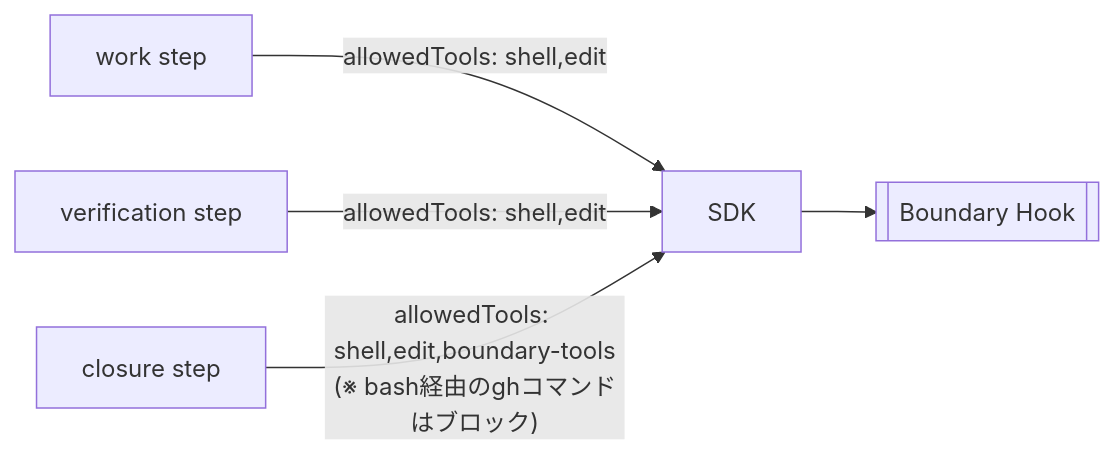
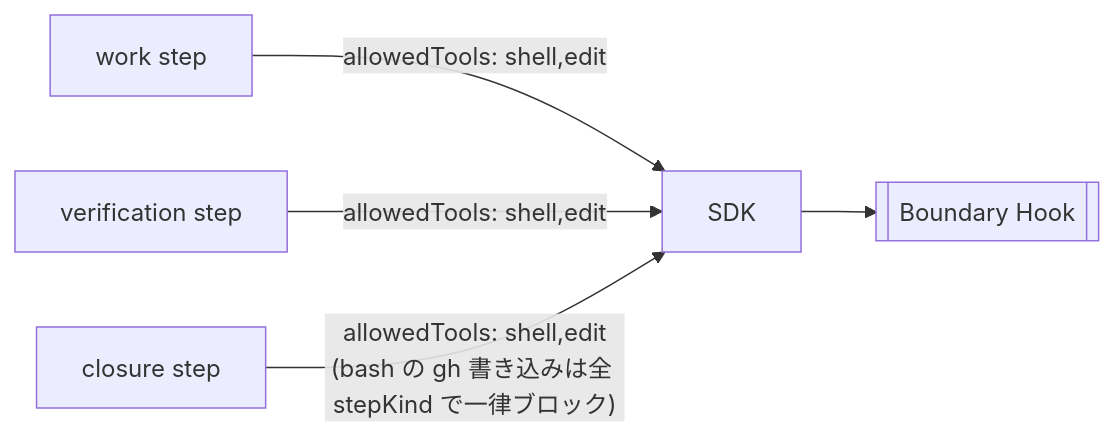
One commit to tettuan/climpt changed diagram 14 of 14 in agents/docs/design/04_step_flow_design.md. Above: the diagram before and after it, drawn with Mermaid. The commit also changed other lines of this file and 8 other files, not shown here.

````diff
--- a/agents/docs/design/04_step_flow_design.md
+++ b/agents/docs/design/04_step_flow_design.md
@@ -407,7 +407,7 @@
 ```mermaid
 flowchart LR
   Work[work step] -->|allowedTools: shell,edit| SDK
   Verify[verification step] -->|allowedTools: shell,edit| SDK
-  Closure[closure step] -->|"allowedTools: shell,edit,boundary-tools<br/>(※ bash経由のghコマンドはブロック)"| SDK
+  Closure[closure step] -->|"allowedTools: shell,edit<br/>(bash の gh 書き込みは全 stepKind で一律ブロック)"| SDK
   SDK --> Boundary[[Boundary Hook]]
 ```
````
